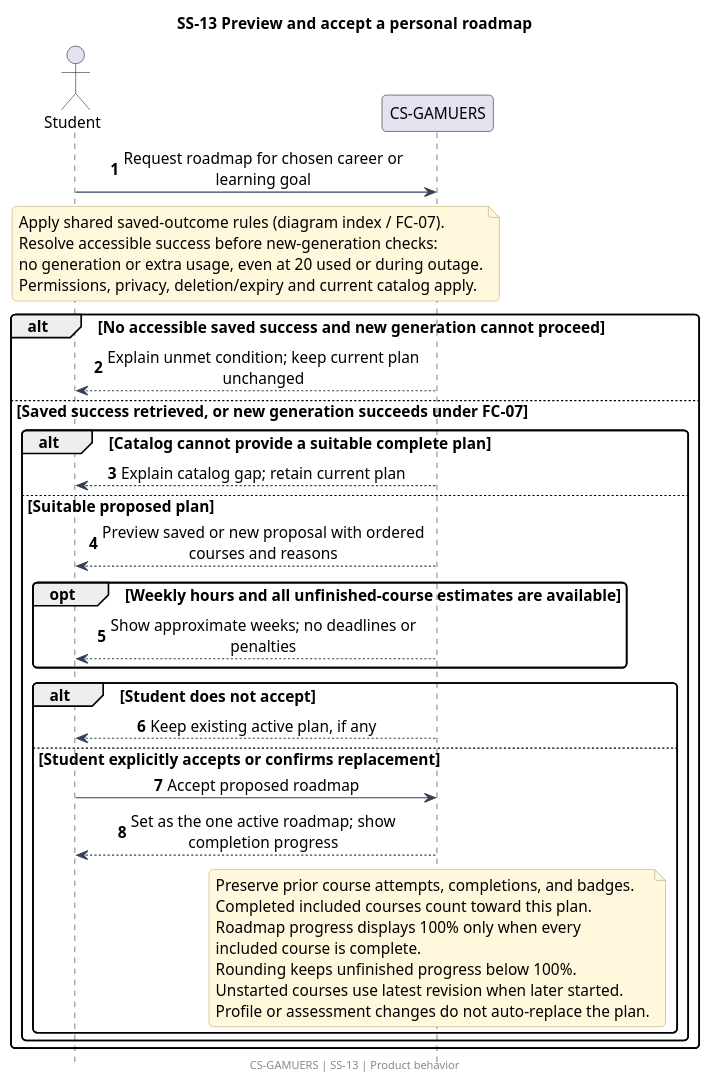
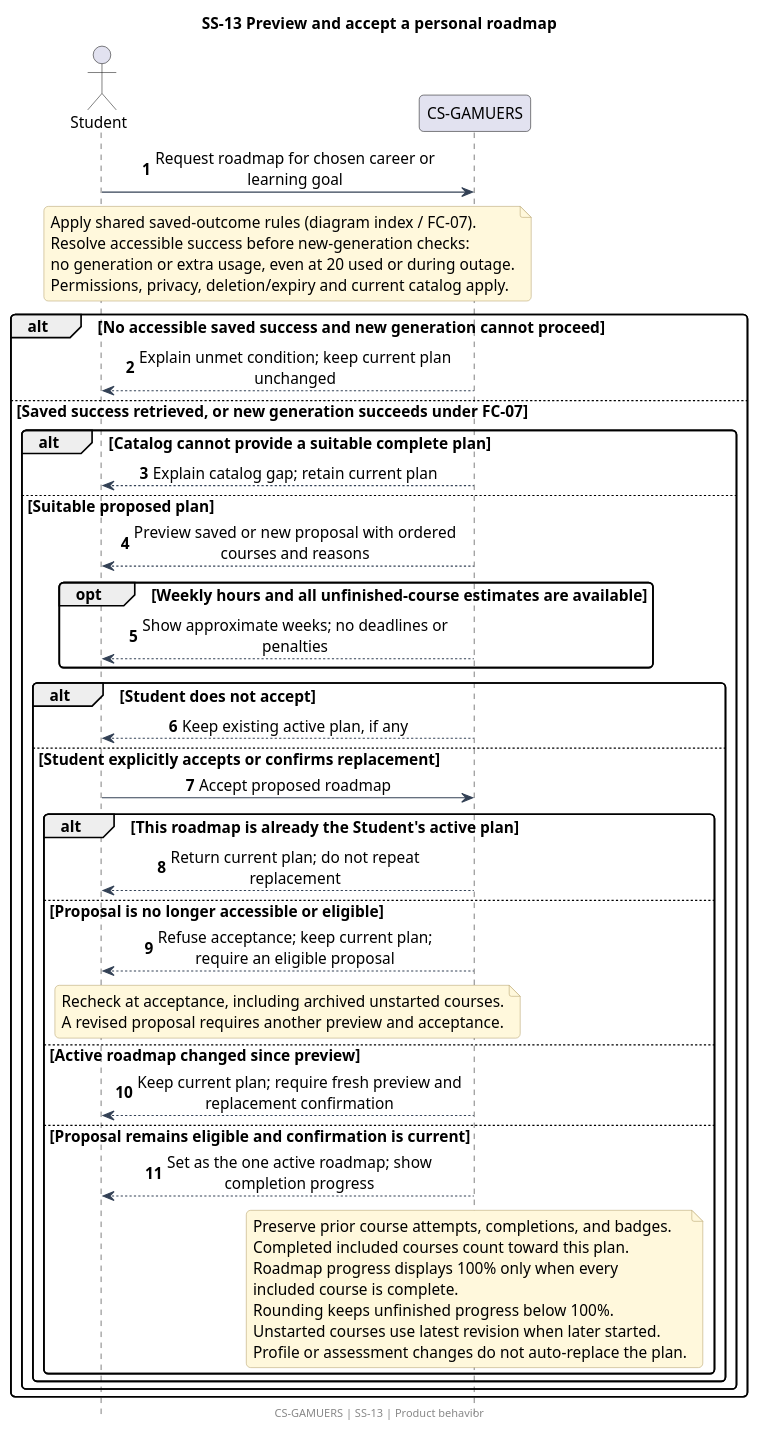
Before and after one commit to noelorph/cs-gamuers: the diagram in docs/diagrams/system-sequences/ss-13.puml, drawn with PlantUML. The commit also changed 26 other files, not shown here.

Commit message:
docs: define approved architecture and align project documentation

```diff
--- a/docs/diagrams/system-sequences/ss-13.puml
+++ b/docs/diagrams/system-sequences/ss-13.puml
@@ -1,56 +1,68 @@
 @startuml
 !pragma layout smetana
 skinparam backgroundColor white
 skinparam shadowing false
 skinparam defaultFontName SansSerif
 skinparam defaultFontSize 14
 skinparam ArrowColor #334155
 skinparam BorderColor #334155
 skinparam NoteBackgroundColor #FFF8DC
 skinparam NoteBorderColor #B6A16C
 skinparam roundcorner 8
 skinparam sequenceMessageAlign center
 skinparam maxMessageSize 300
 title SS-13  Preview and accept a personal roadmap
 ' Requirements: PROFILE-01 ROAD-01 ROAD-02 ROAD-03 ROAD-04 ROAD-05 ROAD-06 ROAD-07 ROAD-08 PROGRESS-03 REC-01 AI-05 AI-06 DATA-01 P-04 P-05
 hide footbox
 autonumber
 
 actor "Student" as U
 participant "CS-GAMUERS" as S
 U -> S: Request roadmap for chosen career or learning goal
 note over U,S
 Apply shared saved-outcome rules (diagram index / FC-07).
 Resolve accessible success before new-generation checks:
 no generation or extra usage, even at 20 used or during outage.
 Permissions, privacy, deletion/expiry and current catalog apply.
 end note
 alt No accessible saved success and new generation cannot proceed
   S --> U: Explain unmet condition; keep current plan unchanged
 else Saved success retrieved, or new generation succeeds under FC-07
   alt Catalog cannot provide a suitable complete plan
     S --> U: Explain catalog gap; retain current plan
   else Suitable proposed plan
     S --> U: Preview saved or new proposal with ordered courses and reasons
     opt Weekly hours and all unfinished-course estimates are available
       S --> U: Show approximate weeks; no deadlines or penalties
     end
     alt Student does not accept
       S --> U: Keep existing active plan, if any
     else Student explicitly accepts or confirms replacement
       U -> S: Accept proposed roadmap
-      S --> U: Set as the one active roadmap; show completion progress
-      note over S
-      Preserve prior course attempts, completions, and badges.
-      Completed included courses count toward this plan.
-      Roadmap progress displays 100% only when every
-      included course is complete.
-      Rounding keeps unfinished progress below 100%.
-      Unstarted courses use latest revision when later started.
-      Profile or assessment changes do not auto-replace the plan.
-      end note
+      alt This roadmap is already the Student's active plan
+        S --> U: Return current plan; do not repeat replacement
+      else Proposal is no longer accessible or eligible
+        S --> U: Refuse acceptance; keep current plan; require an eligible proposal
+        note over U,S
+        Recheck at acceptance, including archived unstarted courses.
+        A revised proposal requires another preview and acceptance.
+        end note
+      else Active roadmap changed since preview
+        S --> U: Keep current plan; require fresh preview and replacement confirmation
+      else Proposal remains eligible and confirmation is current
+        S --> U: Set as the one active roadmap; show completion progress
+        note over S
+        Preserve prior course attempts, completions, and badges.
+        Completed included courses count toward this plan.
+        Roadmap progress displays 100% only when every
+        included course is complete.
+        Rounding keeps unfinished progress below 100%.
+        Unstarted courses use latest revision when later started.
+        Profile or assessment changes do not auto-replace the plan.
+        end note
+      end
     end
   end
 end
 footer CS-GAMUERS | SS-13 | Product behavior
 @enduml
```
